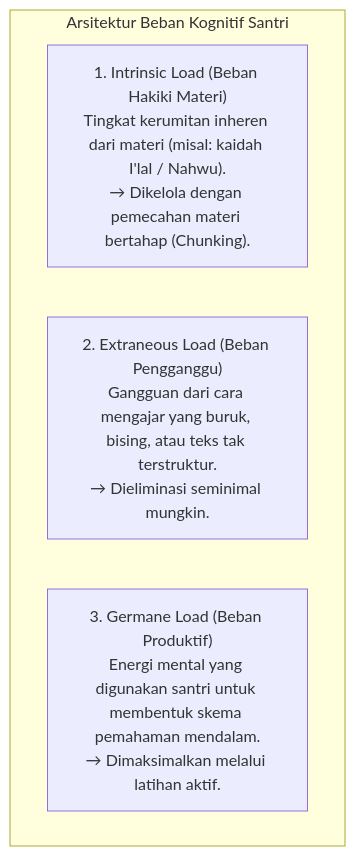
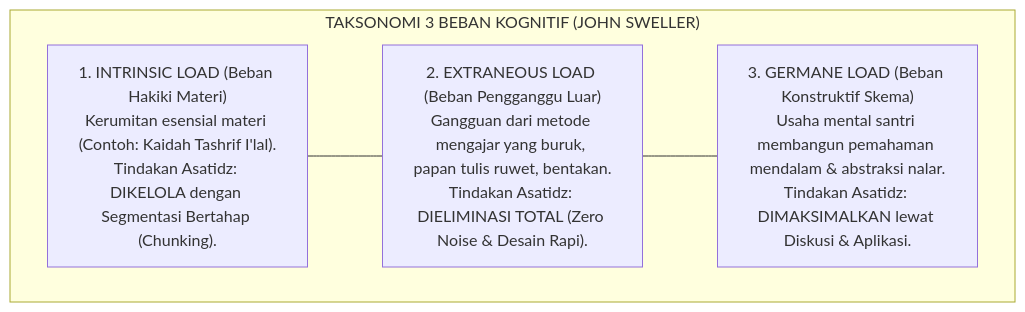
The third of 7 diagrams in 02 Principles/03 Learning Principles/P2-03-01-Prinsip-Kognitif-dan-Manajemen-Beban-Belajar.md (wandiapriliyandi/tumbuh), drawn with Mermaid before and after one commit. The commit also changed other lines of this file and 42 other files, not shown here.

````diff
--- a/02 Principles/03 Learning Principles/P2-03-01-Prinsip-Kognitif-dan-Manajemen-Beban-Belajar.md
+++ b/02 Principles/03 Learning Principles/P2-03-01-Prinsip-Kognitif-dan-Manajemen-Beban-Belajar.md
@@ -10,8 +108,12 @@
 ```mermaid
 graph TD
-    subgraph 3_Beban_Kognitif_Sweller["Arsitektur Beban Kognitif Santri"]
-        L1["1. Intrinsic Load (Beban Hakiki Materi)<br/>Tingkat kerumitan inheren dari materi (misal: kaidah I'lal / Nahwu).<br/>→ Dikelola dengan pemecahan materi bertahap (Chunking)."]
-        L2["2. Extraneous Load (Beban Pengganggu)<br/>Gangguan dari cara mengajar yang buruk, bising, atau teks tak terstruktur.<br/>→ Dieliminasi seminimal mungkin."]
-        L3["3. Germane Load (Beban Produktif)<br/>Energi mental yang digunakan santri untuk membentuk skema pemahaman mendalam.<br/>→ Dimaksimalkan melalui latihan aktif."]
+    subgraph TigaBebanKognitifSweller["TAKSONOMI 3 BEBAN KOGNITIF (JOHN SWELLER)"]
+        Intrinsic["1. INTRINSIC LOAD (Beban Hakiki Materi)<br/>Kerumitan esensial materi (Contoh: Kaidah Tashrif I'lal).<br/>Tindakan Asatidz: DIKELOLA dengan Segmentasi Bertahap (Chunking)."]
+        
+        Extraneous["2. EXTRANEOUS LOAD (Beban Pengganggu Luar)<br/>Gangguan dari metode mengajar yang buruk, papan tulis ruwet, bentakan.<br/>Tindakan Asatidz: DIELIMINASI TOTAL (Zero Noise & Desain Rapi)."]
+        
+        Germane["3. GERMANE LOAD (Beban Konstruktif Skema)<br/>Usaha mental santri membangun pemahaman mendalam & abstraksi nalar.<br/>Tindakan Asatidz: DIMAKSIMALKAN lewat Diskusi & Aplikasi."]
+        
+        Intrinsic --- Extraneous --- Germane
     end
 ```
````
